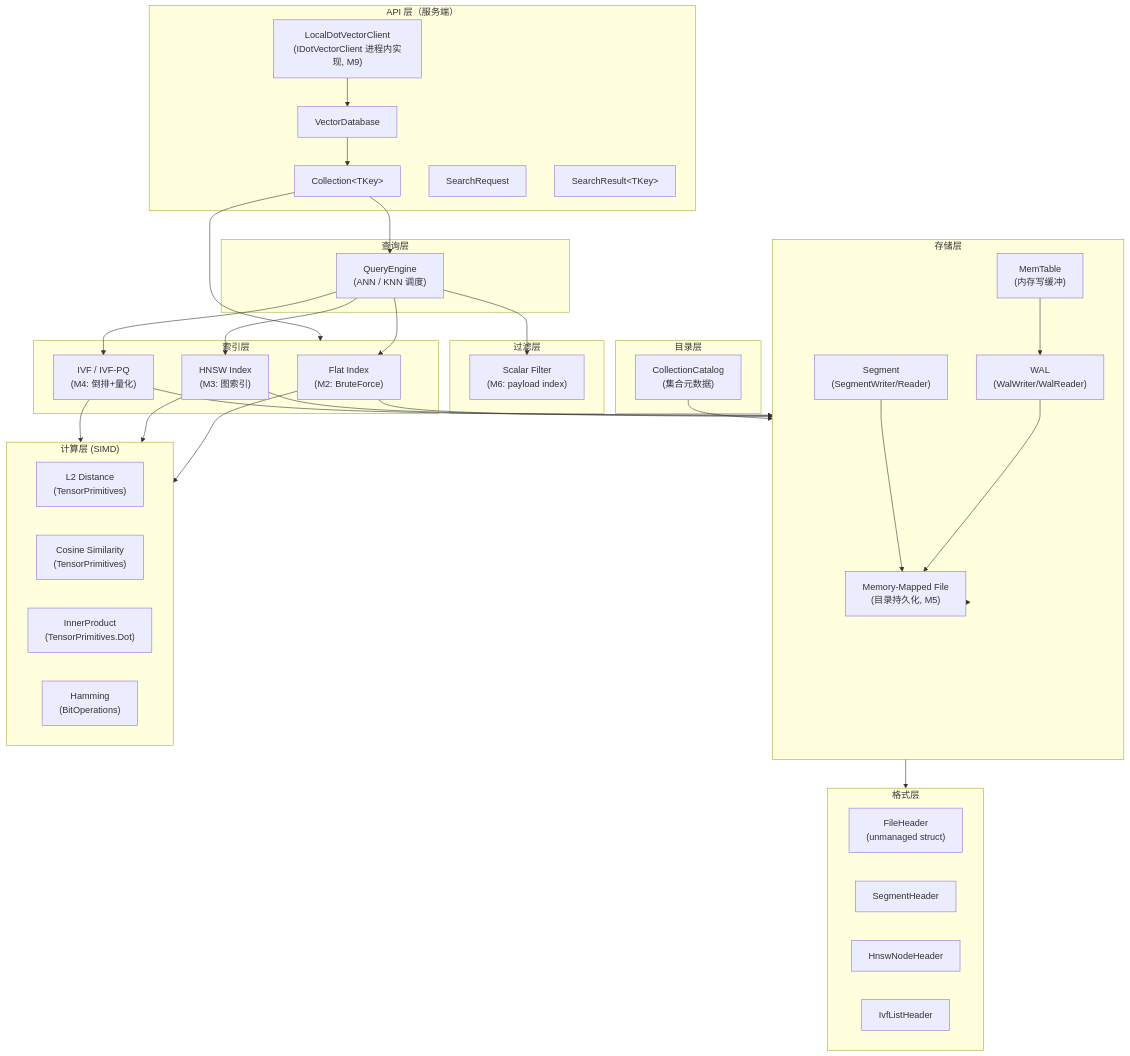
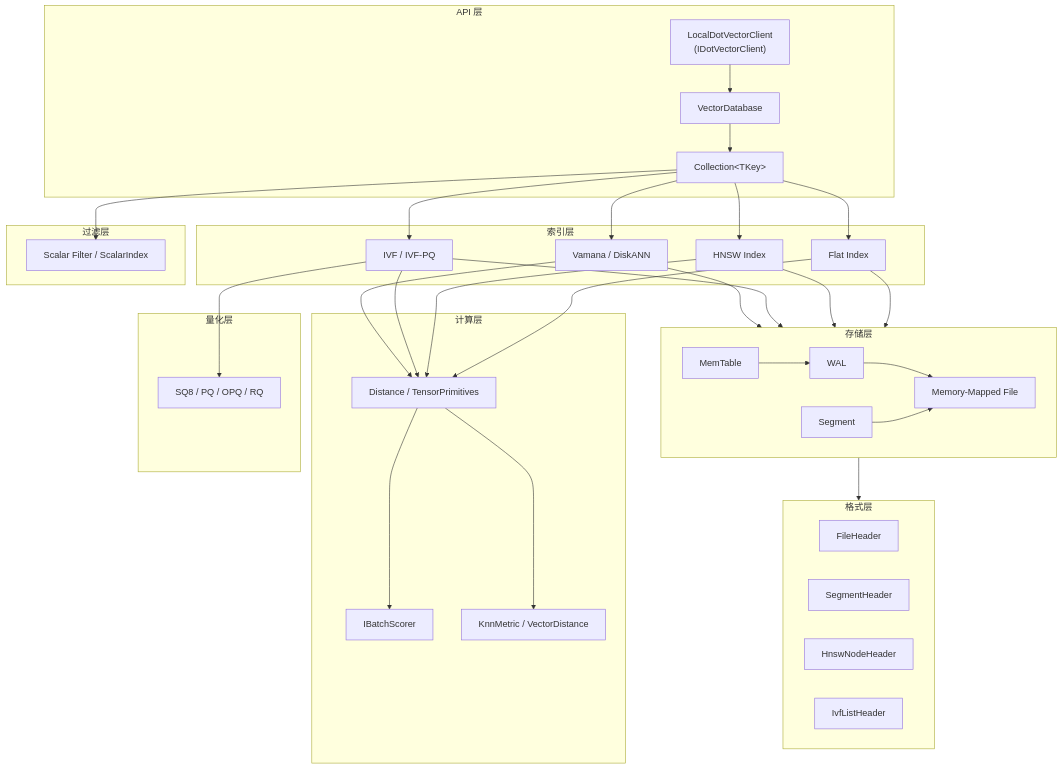
One commit to IoTSharp/DotVector changed the second of 2 diagrams in docs/architecture.md. Above: the diagram before and after it, drawn with Mermaid. The commit also changed other lines of this file and 72 other files, not shown here.

First line of the commit message:
Refactor: Remove DotVectorServerJsonContext and VectorServiceImpl

````diff
--- a/docs/architecture.md
+++ b/docs/architecture.md
@@ -53,70 +58,66 @@
 ```mermaid
 graph TD
-    subgraph API["API 层（服务端）"]
+    subgraph API["API 层"]
         VDB["VectorDatabase"]
         COL["Collection&lt;TKey&gt;"]
-        REQ["SearchRequest"]
-        RES["SearchResult&lt;TKey&gt;"]
-        LCL["LocalDotVectorClient\n(IDotVectorClient 进程内实现, M9)"]
+        LCL["LocalDotVectorClient\n(IDotVectorClient)"]
     end
 
     subgraph Index["索引层"]
-        FLAT["Flat Index\n(M2: BruteForce)"]
-        HNSW["HNSW Index\n(M3: 图索引)"]
-        IVF["IVF / IVF-PQ\n(M4: 倒排+量化)"]
+        FLAT["Flat Index"]
+        HNSW["HNSW Index"]
+        IVF["IVF / IVF-PQ"]
+        VAM["Vamana / DiskANN"]
     end
 
     subgraph Filter["过滤层"]
-        SF["Scalar Filter\n(M6: payload index)"]
+        SF["Scalar Filter / ScalarIndex"]
     end
 
     subgraph Storage["存储层"]
-        WAL["WAL\n(WalWriter/WalReader)"]
-        SEG["Segment\n(SegmentWriter/Reader)"]
-        MMAP["Memory-Mapped File\n(目录持久化, M5)"]
-        MT["MemTable\n(内存写缓冲)"]
+        WAL["WAL"]
+        SEG["Segment"]
+        MMAP["Memory-Mapped File"]
+        MT["MemTable"]
     end
 
     subgraph Format["格式层"]
-        FH["FileHeader\n(unmanaged struct)"]
+        FH["FileHeader"]
         SH["SegmentHeader"]
         NH["HnswNodeHeader"]
         IH["IvfListHeader"]
     end
 
-    subgraph Compute["计算层 (SIMD)"]
-        L2["L2 Distance\n(TensorPrimitives)"]
-        COS["Cosine Similarity\n(TensorPrimitives)"]
-        IP["InnerProduct\n(TensorPrimitives.Dot)"]
-        HAM["Hamming\n(BitOperations)"]
+    subgraph Compute["计算层"]
+        DIST["Distance / TensorPrimitives"]
+        BATCH["IBatchScorer"]
+        KNN["KnnMetric / VectorDistance"]
     end
 
-    subgraph Catalog["目录层"]
-        CAT["CollectionCatalog\n(集合元数据)"]
-    end
-
-    subgraph Query["查询层"]
-        QE["QueryEngine\n(ANN / KNN 调度)"]
+    subgraph Compression["量化层"]
+        Q["SQ8 / PQ / OPQ / RQ"]
     end
 
     LCL --> VDB
     VDB --> COL
-    COL --> QE
-    COL --> Index
-    QE --> SF
-    QE --> FLAT
-    QE --> HNSW
-    QE --> IVF
-    FLAT --> Compute
-    HNSW --> Compute
-    IVF --> Compute
+    COL --> FLAT
+    COL --> HNSW
+    COL --> IVF
+    COL --> VAM
+    COL --> SF
+    FLAT --> DIST
+    HNSW --> DIST
+    IVF --> DIST
+    VAM --> DIST
+    DIST --> BATCH
+    DIST --> KNN
+    IVF --> Q
     FLAT --> Storage
     HNSW --> Storage
     IVF --> Storage
+    VAM --> Storage
     Storage --> Format
-    Storage --> MMAP
     WAL --> MMAP
     SEG --> MMAP
     MT --> WAL
-    CAT --> Storage
 ```
````
